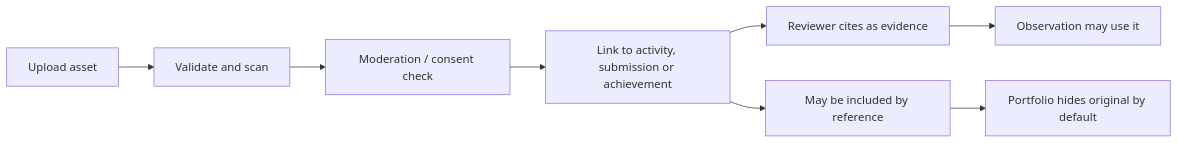
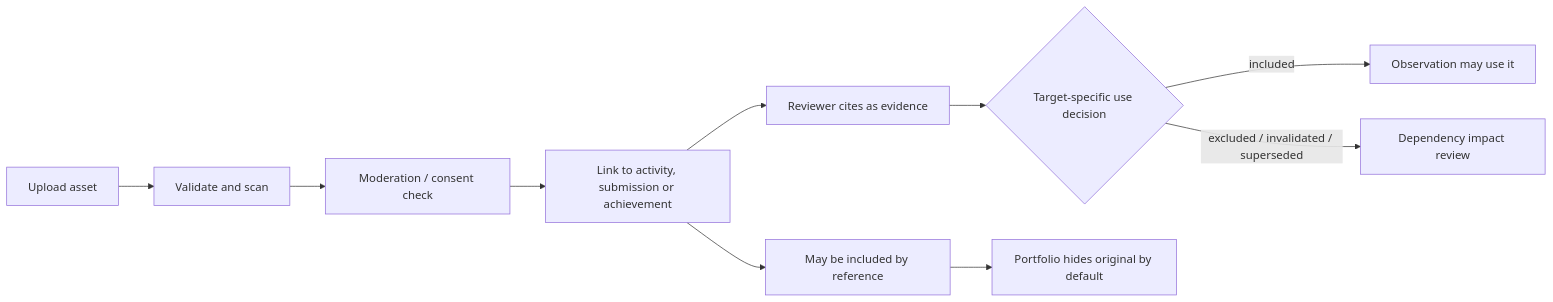
Before and after one commit to heison-octopus/testing-port: the diagram in output/English/SRS/SRS-07 Evidence media consent and external achievements.md, drawn with Mermaid. The commit also changed other lines of this file and 79 other files, not shown here.

````diff
--- a/output/English/SRS/SRS-07 Evidence media consent and external achievements.md
+++ b/output/English/SRS/SRS-07 Evidence media consent and external achievements.md
@@ -28,10 +34,12 @@
 ```mermaid
 flowchart LR
     Upload[Upload asset] --> Validate[Validate and scan]
     Validate --> Moderate[Moderation / consent check]
     Moderate --> Link[Link to activity, submission or achievement]
     Link --> Cite[Reviewer cites as evidence]
-    Cite --> Assess[Observation may use it]
+    Cite --> Use{Target-specific use decision}
+    Use -->|included| Assess[Observation may use it]
+    Use -->|excluded / invalidated / superseded| Impact[Dependency impact review]
     Link --> Portfolio[May be included by reference]
     Portfolio --> Summary[Portfolio hides original by default]
 ```
````
